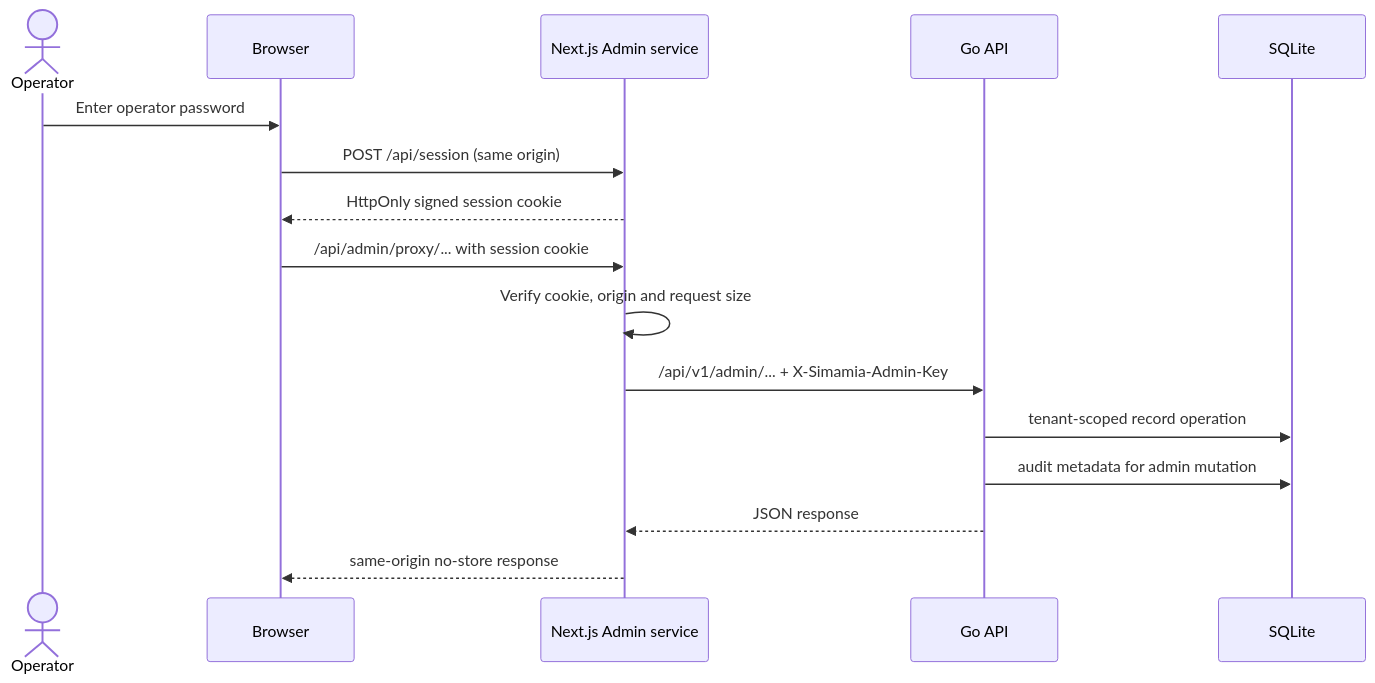
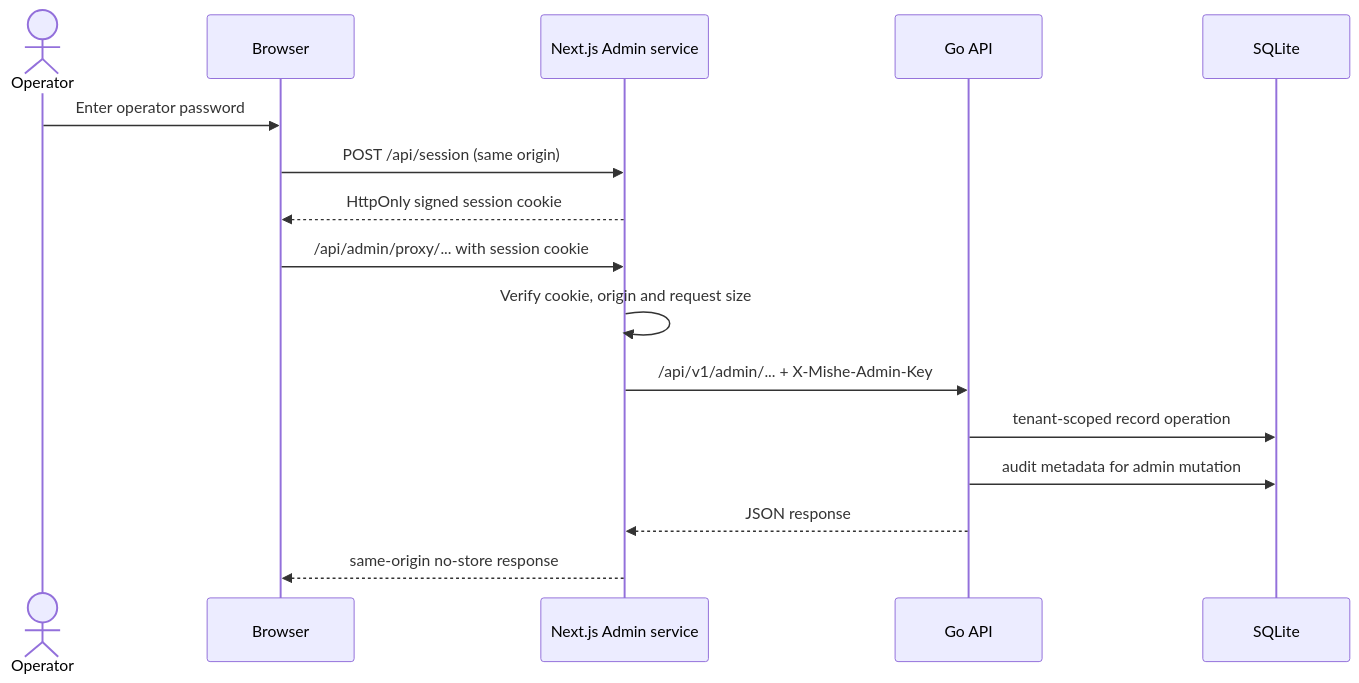
One commit to troubleman96/SIMAMIA-free changed the diagram in docs-site/app/operations/admin-console/page.mdx. Above: the diagram before and after it, drawn with Mermaid. The commit also changed other lines of this file and 33 other files, not shown here.

Commit message:
Update API, docs-site, landing, env and SVG assets to Mishe branding

````diff
--- a/docs-site/app/operations/admin-console/page.mdx
+++ b/docs-site/app/operations/admin-console/page.mdx
@@ -26,18 +26,18 @@
 ```mermaid
 sequenceDiagram
   actor Operator
   participant Browser
   participant Admin as Next.js Admin service
   participant API as Go API
   participant DB as SQLite
   Operator->>Browser: Enter operator password
   Browser->>Admin: POST /api/session (same origin)
   Admin-->>Browser: HttpOnly signed session cookie
   Browser->>Admin: /api/admin/proxy/... with session cookie
   Admin->>Admin: Verify cookie, origin and request size
-  Admin->>API: /api/v1/admin/... + X-Simamia-Admin-Key
+  Admin->>API: /api/v1/admin/... + X-Mishe-Admin-Key
   API->>DB: tenant-scoped record operation
   API->>DB: audit metadata for admin mutation
   API-->>Admin: JSON response
   Admin-->>Browser: same-origin no-store response
 ```
````
